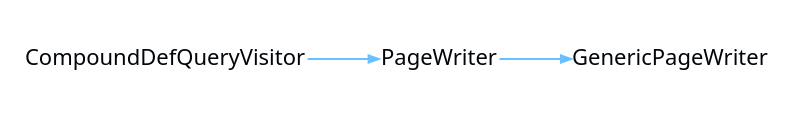
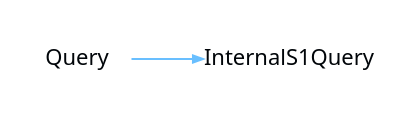
The diagram in Current/images/internal-diagram-31.dot (CharlesCarley/MdDox), drawn with Graphviz before and after one commit. The commit also changed 834 other files, not shown here.

```diff
--- a/Current/images/internal-diagram-31.dot
+++ b/Current/images/internal-diagram-31.dot
@@ -1,35 +1,26 @@
 digraph {
  rankdir = "LR"
  bgcolor = none;
  layout  = dot;
  edge [
    arrowsize = "0.5"
    color     = "#69BFFFFF"
  ]
- dBMubES[
+ Wg58MA2[
    shape    = none
-   label    = "CompoundDefQueryVisitor"
+   label    = "Query"
    margin   = "0.01"
    fontname = "Segoe UI"
    fontsize = "11"
    fontcolor= "#010509FF"
  ]
- dNmubES[
+ ds38MA2[
    shape    = none
-   label    = "PageWriter"
+   label    = "InternalS1Query"
    margin   = "0.01"
    fontname = "Segoe UI"
    fontsize = "11"
    fontcolor= "#010509FF"
  ]
- dZMubES[
-   shape    = none
-   label    = "GenericPageWriter"
-   margin   = "0.01"
-   fontname = "Segoe UI"
-   fontsize = "11"
-   fontcolor= "#010509FF"
- ]
- dNmubES->dZMubES
- dBMubES->dNmubES
+ Wg58MA2->ds38MA2
 }
```
